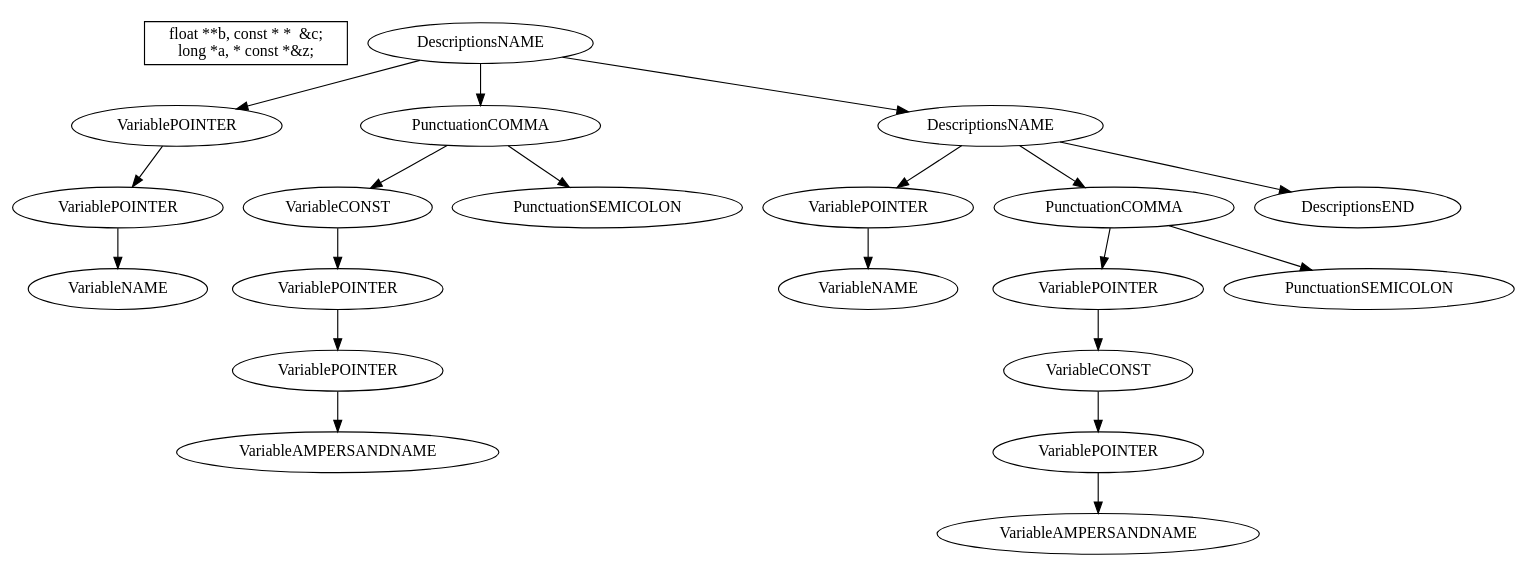
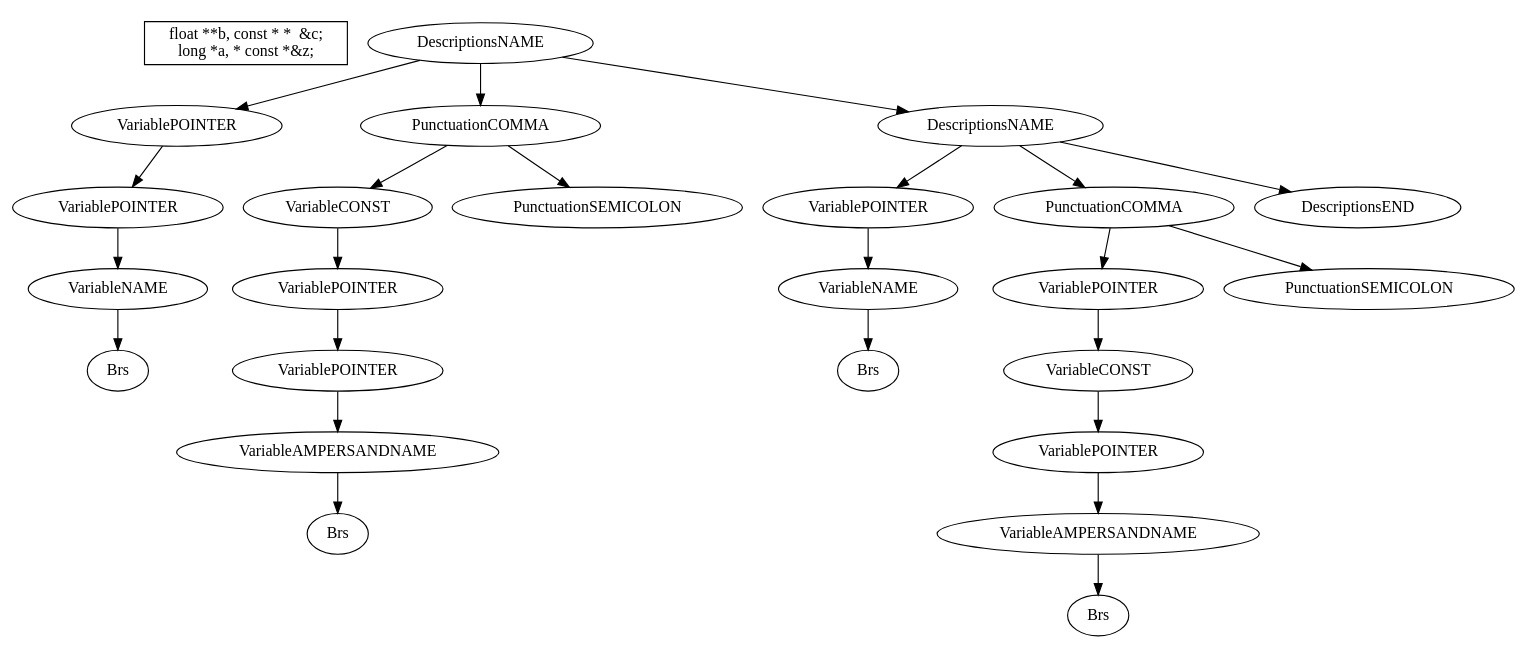
The diagram in TranslationMethods/RecursiveParsing/tree/tree2.dot (DubKoldun/university-courses), drawn with Graphviz before and after one commit. The commit also changed 6 other files, not shown here.

Commit message:
✅ generated dotfiles for graphivz

```diff
--- a/TranslationMethods/RecursiveParsing/tree/tree2.dot
+++ b/TranslationMethods/RecursiveParsing/tree/tree2.dot
@@ -1,46 +1,54 @@
 digraph G { 
 	subgraph clusterHeader {
 		margin=0
 		style="invis"
 		HEADER [shape="box" label="float **b, const * *  &c;
 long *a, * const *&z;"];
 	}	1->2;
 	2->3;
 	3->4;
-	1->5;
-	5->6;
+	4->5;
+	1->6;
 	6->7;
 	7->8;
 	8->9;
-	5->10;
-	1->11;
-	11->12;
-	12->13;
-	11->14;
+	9->10;
+	10->11;
+	6->12;
+	1->13;
+	13->14;
 	14->15;
 	15->16;
-	16->17;
+	13->17;
 	17->18;
-	14->19;
-	11->20;
+	18->19;
+	19->20;
+	20->21;
+	21->22;
+	17->23;
+	13->24;
 	1[label=DescriptionsNAME];
 	2[label=VariablePOINTER];
 	3[label=VariablePOINTER];
 	4[label=VariableNAME];
-	5[label=PunctuationCOMMA];
-	6[label=VariableCONST];
-	7[label=VariablePOINTER];
+	5[label=Brs];
+	6[label=PunctuationCOMMA];
+	7[label=VariableCONST];
 	8[label=VariablePOINTER];
-	9[label=VariableAMPERSANDNAME];
-	10[label=PunctuationSEMICOLON];
-	11[label=DescriptionsNAME];
-	12[label=VariablePOINTER];
-	13[label=VariableNAME];
-	14[label=PunctuationCOMMA];
-	15[label=VariablePOINTER];
-	16[label=VariableCONST];
-	17[label=VariablePOINTER];
-	18[label=VariableAMPERSANDNAME];
-	19[label=PunctuationSEMICOLON];
-	20[label=DescriptionsEND];
+	9[label=VariablePOINTER];
+	10[label=VariableAMPERSANDNAME];
+	11[label=Brs];
+	12[label=PunctuationSEMICOLON];
+	13[label=DescriptionsNAME];
+	14[label=VariablePOINTER];
+	15[label=VariableNAME];
+	16[label=Brs];
+	17[label=PunctuationCOMMA];
+	18[label=VariablePOINTER];
+	19[label=VariableCONST];
+	20[label=VariablePOINTER];
+	21[label=VariableAMPERSANDNAME];
+	22[label=Brs];
+	23[label=PunctuationSEMICOLON];
+	24[label=DescriptionsEND];
 }
```
